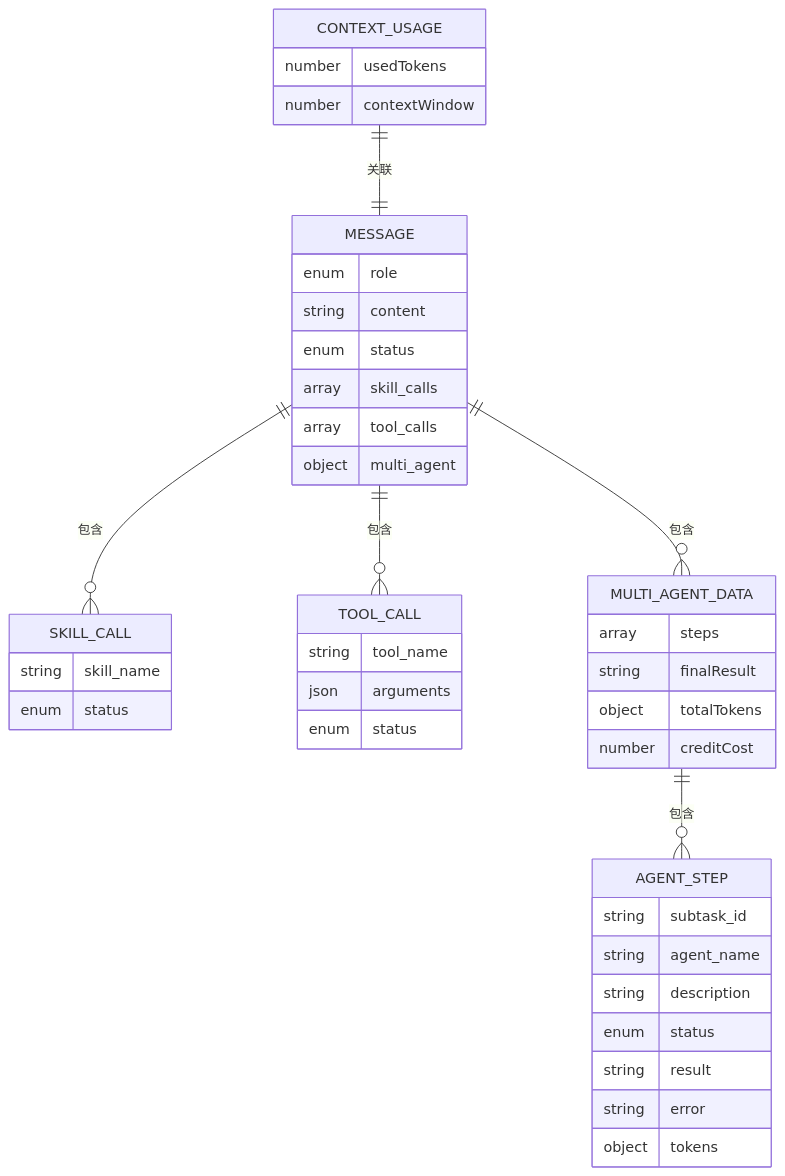
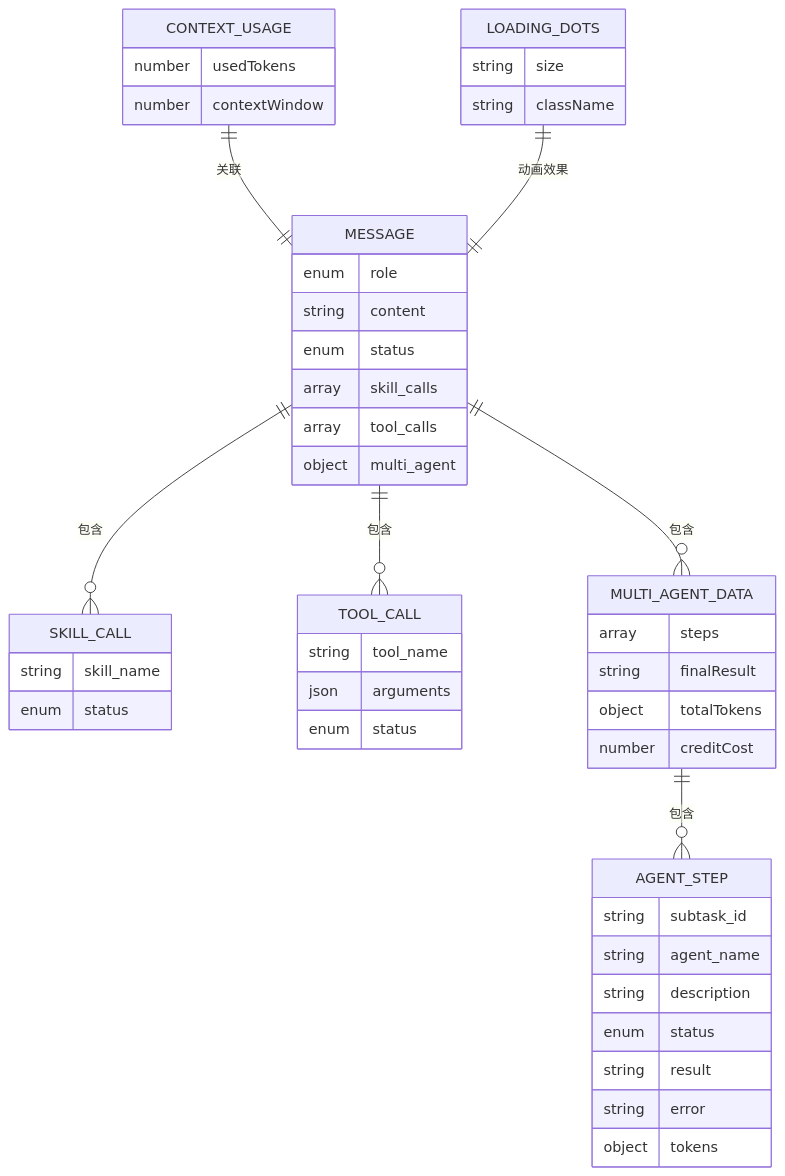
Before and after one commit to KunLabAI/KunFlix: diagram 11 of 12 in .qoder/repowiki/zh/content/前端应用架构/UI组件库/画布组件系统/AI助手面板.md, drawn with Mermaid. The commit also changed other lines of this file and 11 other files, not shown here.

````diff
--- a/.qoder/repowiki/zh/content/前端应用架构/UI组件库/画布组件系统/AI助手面板.md
+++ b/.qoder/repowiki/zh/content/前端应用架构/UI组件库/画布组件系统/AI助手面板.md
@@ -471,44 +486,49 @@
 ```mermaid
 erDiagram
 MESSAGE {
 enum role
 string content
 enum status
 array skill_calls
 array tool_calls
 object multi_agent
 }
 CONTEXT_USAGE {
 number usedTokens
 number contextWindow
 }
 SKILL_CALL {
 string skill_name
 enum status
 }
 TOOL_CALL {
 string tool_name
 json arguments
 enum status
 }
 MULTI_AGENT_DATA {
 array steps
 string finalResult
 object totalTokens
 number creditCost
 }
 AGENT_STEP {
 string subtask_id
 string agent_name
 string description
 enum status
 string result
 string error
 object tokens
 }
+LOADING_DOTS {
+string size
+string className
+}
 MESSAGE ||--o{ SKILL_CALL : "包含"
 MESSAGE ||--o{ TOOL_CALL : "包含"
 MESSAGE ||--o{ MULTI_AGENT_DATA : "包含"
 MULTI_AGENT_DATA ||--o{ AGENT_STEP : "包含"
 CONTEXT_USAGE ||--|| MESSAGE : "关联"
+LOADING_DOTS ||--|| MESSAGE : "动画效果"
 ```
````
